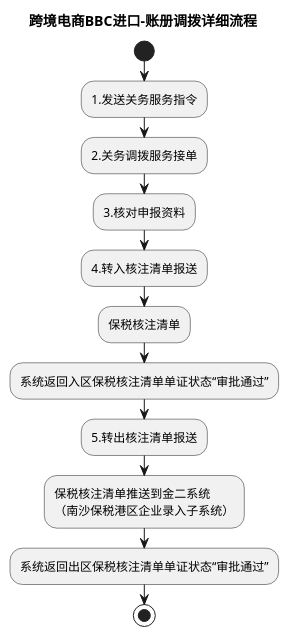
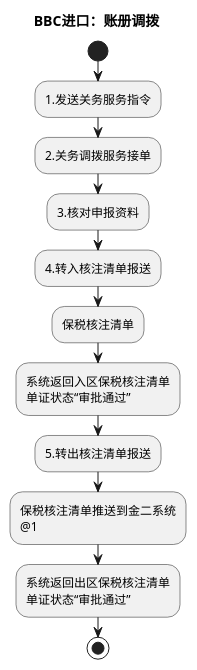
One commit to jack888332/projects-doc changed the sixth of 12 diagrams in product-caliber/goldjet/segmented-prd/mainflow/PRD.高捷物流系统一期.主流程.06.跨境电商BBC进口详细流程.md. Above: the diagram before and after it, drawn with PlantUML. The commit also changed other lines of this file and 20 other files, not shown here.

Commit message:
优化流程表对应的DLS图

````diff
--- a/product-caliber/goldjet/segmented-prd/mainflow/PRD.高捷物流系统一期.主流程.06.跨境电商BBC进口详细流程.md
+++ b/product-caliber/goldjet/segmented-prd/mainflow/PRD.高捷物流系统一期.主流程.06.跨境电商BBC进口详细流程.md
@@ -243,16 +258,17 @@
 ```plantuml
 @startuml
-title 跨境电商BBC进口-账册调拨详细流程
+skinparam activityDiamondBackgroundColor #FFF4CC
+title BBC进口：账册调拨
 start
 :1.发送关务服务指令;
 :2.关务调拨服务接单;
 :3.核对申报资料;
 :4.转入核注清单报送;
 :保税核注清单;
-:系统返回入区保税核注清单单证状态“审批通过”;
+:系统返回入区保税核注清单\n单证状态“审批通过”;
 :5.转出核注清单报送;
-:保税核注清单推送到金二系统\n（南沙保税港区企业录入子系统）;
-:系统返回出区保税核注清单单证状态“审批通过”;
+:保税核注清单推送到金二系统\n@1;
+:系统返回出区保税核注清单\n单证状态“审批通过”;
 stop
 @enduml
 ```
````
